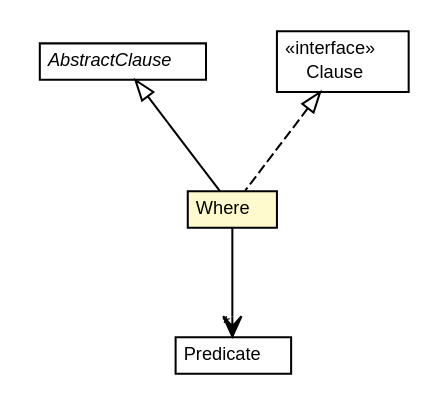
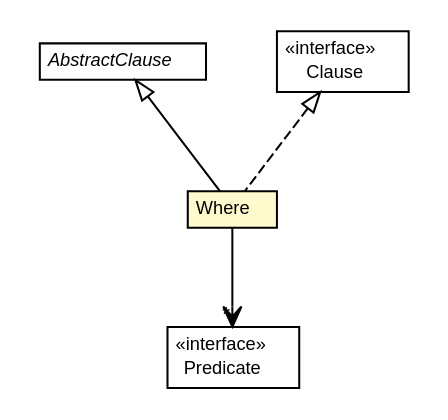
Before and after one commit to willmorejg/net.ljcomputing.sql: the diagram in docs/javadoc/apidocs/net/ljcomputing/sql/clause/Where.dot, drawn with Graphviz. The commit also changed 147 other files, not shown here.

```diff
--- a/docs/javadoc/apidocs/net/ljcomputing/sql/clause/Where.dot
+++ b/docs/javadoc/apidocs/net/ljcomputing/sql/clause/Where.dot
@@ -1,43 +1,44 @@
 #!/usr/local/bin/dot
 #
 # Class diagram 
 # Generated by UMLGraph version R5_6 (http://www.umlgraph.org/)
 #
 
 digraph G {
 	edge [fontname="Helvetica",fontsize=10,labelfontname="Helvetica",labelfontsize=10];
 	node [fontname="Helvetica",fontsize=10,shape=plaintext];
 	nodesep=0.25;
 	ranksep=0.5;
 	// net.ljcomputing.sql.clause.AbstractClause
-	c479 [label=<<table title="net.ljcomputing.sql.clause.AbstractClause" border="0" cellborder="1" cellspacing="0" cellpadding="2" port="p" href="./AbstractClause.html">
+	c695 [label=<<table title="net.ljcomputing.sql.clause.AbstractClause" border="0" cellborder="1" cellspacing="0" cellpadding="2" port="p" href="./AbstractClause.html">
 		<tr><td><table border="0" cellspacing="0" cellpadding="1">
 <tr><td align="center" balign="center"><font face="Helvetica-Oblique"> AbstractClause </font></td></tr>
 		</table></td></tr>
 		</table>>, URL="./AbstractClause.html", fontname="Helvetica", fontcolor="black", fontsize=9.0];
 	// net.ljcomputing.sql.clause.Where
-	c480 [label=<<table title="net.ljcomputing.sql.clause.Where" border="0" cellborder="1" cellspacing="0" cellpadding="2" port="p" bgcolor="lemonChiffon" href="./Where.html">
+	c696 [label=<<table title="net.ljcomputing.sql.clause.Where" border="0" cellborder="1" cellspacing="0" cellpadding="2" port="p" bgcolor="lemonChiffon" href="./Where.html">
 		<tr><td><table border="0" cellspacing="0" cellpadding="1">
 <tr><td align="center" balign="center"> Where </td></tr>
 		</table></td></tr>
 		</table>>, URL="./Where.html", fontname="Helvetica", fontcolor="black", fontsize=9.0];
 	// net.ljcomputing.sql.clause.Clause
-	c482 [label=<<table title="net.ljcomputing.sql.clause.Clause" border="0" cellborder="1" cellspacing="0" cellpadding="2" port="p" href="./Clause.html">
+	c698 [label=<<table title="net.ljcomputing.sql.clause.Clause" border="0" cellborder="1" cellspacing="0" cellpadding="2" port="p" href="./Clause.html">
 		<tr><td><table border="0" cellspacing="0" cellpadding="1">
 <tr><td align="center" balign="center"> &#171;interface&#187; </td></tr>
 <tr><td align="center" balign="center"> Clause </td></tr>
 		</table></td></tr>
 		</table>>, URL="./Clause.html", fontname="Helvetica", fontcolor="black", fontsize=9.0];
 	// net.ljcomputing.sql.clause.Predicate
-	c483 [label=<<table title="net.ljcomputing.sql.clause.Predicate" border="0" cellborder="1" cellspacing="0" cellpadding="2" port="p" href="./Predicate.html">
+	c700 [label=<<table title="net.ljcomputing.sql.clause.Predicate" border="0" cellborder="1" cellspacing="0" cellpadding="2" port="p" href="./Predicate.html">
 		<tr><td><table border="0" cellspacing="0" cellpadding="1">
+<tr><td align="center" balign="center"> &#171;interface&#187; </td></tr>
 <tr><td align="center" balign="center"> Predicate </td></tr>
 		</table></td></tr>
 		</table>>, URL="./Predicate.html", fontname="Helvetica", fontcolor="black", fontsize=9.0];
 	//net.ljcomputing.sql.clause.Where extends net.ljcomputing.sql.clause.AbstractClause
-	c479:p -> c480:p [dir=back,arrowtail=empty];
+	c695:p -> c696:p [dir=back,arrowtail=empty];
 	//net.ljcomputing.sql.clause.Where implements net.ljcomputing.sql.clause.Clause
-	c482:p -> c480:p [dir=back,arrowtail=empty,style=dashed];
+	c698:p -> c696:p [dir=back,arrowtail=empty,style=dashed];
 	// net.ljcomputing.sql.clause.Where NAVASSOC net.ljcomputing.sql.clause.Predicate
-	c480:p -> c483:p [taillabel="", label="", headlabel="*", fontname="Helvetica", fontcolor="black", fontsize=10.0, color="black", arrowhead=open];
+	c696:p -> c700:p [taillabel="", label="", headlabel="*", fontname="Helvetica", fontcolor="black", fontsize=10.0, color="black", arrowhead=open];
 }
```
